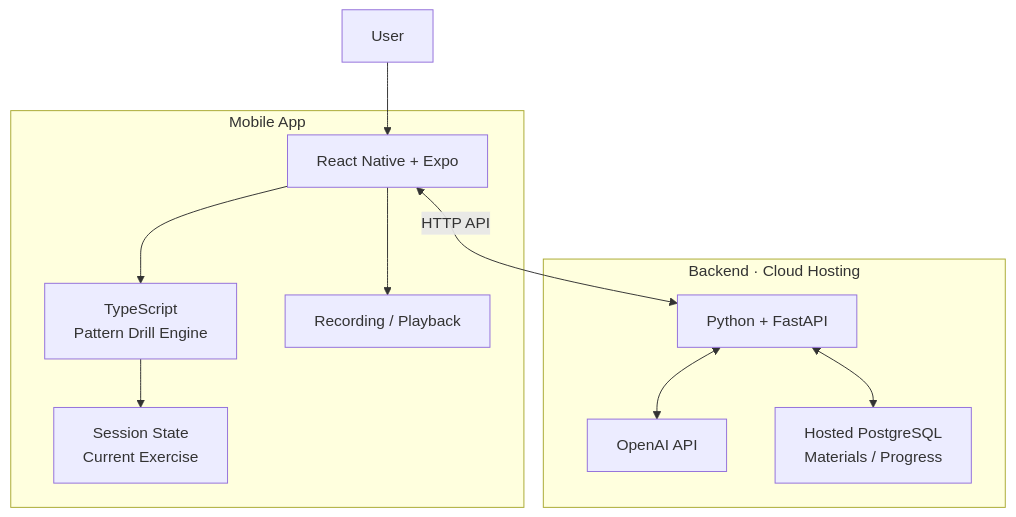
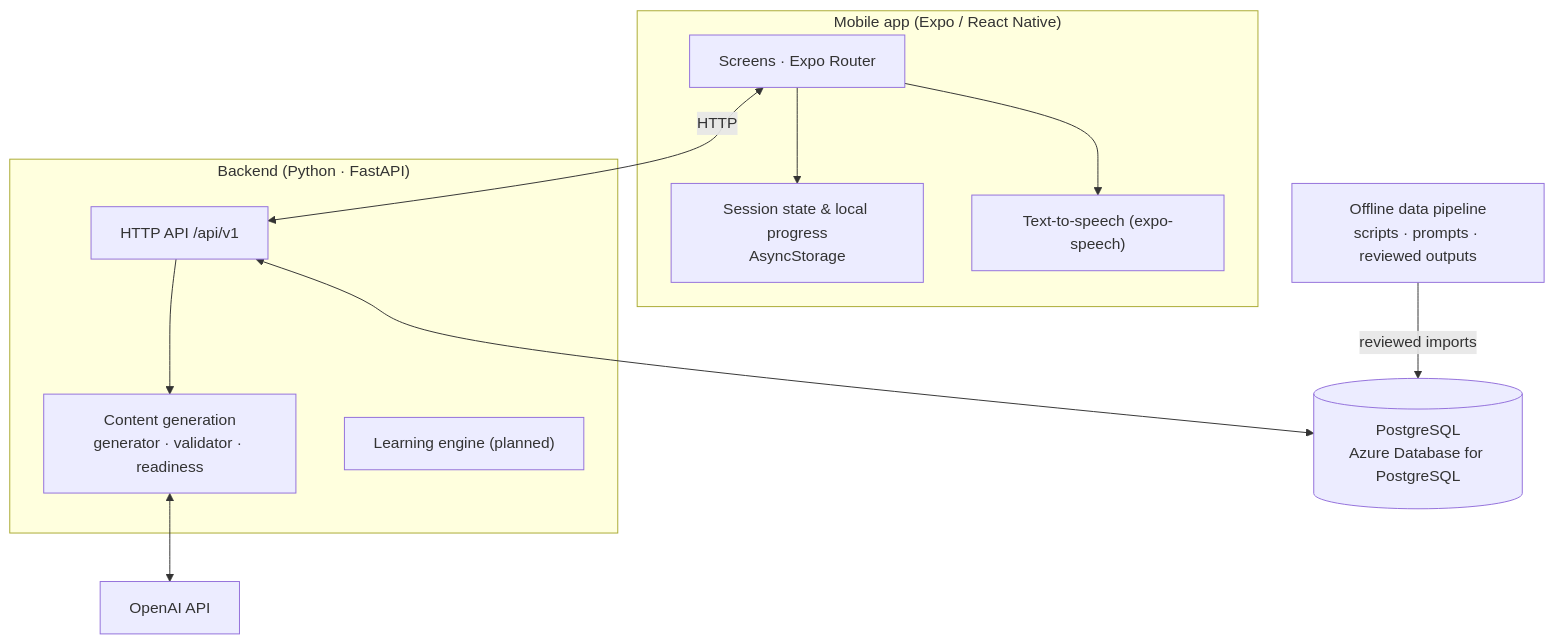
Before and after one commit to kuailoy/Convi: the first of 3 diagrams in README.md, drawn with Mermaid. The commit also changed other lines of this file and 24 other files, not shown here.

````diff
--- a/README.md
+++ b/README.md
@@ -24,25 +67,26 @@
 ```mermaid
 flowchart TB
-    User["User"]
-
-    subgraph Mobile["Mobile App"]
-        UI["React Native + Expo"]
-        Logic["TypeScript<br/>Pattern Drill Engine"]
-        State["Session State<br/>Current Exercise"]
-        Speech["Recording / Playback"]
+    subgraph Mobile["Mobile app (Expo / React Native)"]
+        UI["Screens · Expo Router"]
+        State["Session state & local progress<br/>AsyncStorage"]
+        TTS["Text-to-speech (expo-speech)"]
     end
 
-    subgraph Backend["Backend · Cloud Hosting"]
-        API["Python + FastAPI"]
-        AI["OpenAI API"]
-        DB["Hosted PostgreSQL<br/>Materials / Progress"]
+    subgraph Backend["Backend (Python · FastAPI)"]
+        API["HTTP API /api/v1"]
+        Gen["Content generation<br/>generator · validator · readiness"]
+        Engine["Learning engine (planned)"]
     end
 
-    User --> UI
-    UI --> Logic
-    UI --> Speech
-    Logic --> State
-    UI <-->|HTTP API| API
-    API <--> AI
+    AI["OpenAI API"]
+    DB[("PostgreSQL<br/>Azure Database for PostgreSQL")]
+    Pipeline["Offline data pipeline<br/>scripts · prompts · reviewed outputs"]
+
+    UI --> State
+    UI --> TTS
+    UI <-->|HTTP| API
+    API --> Gen
+    Gen <--> AI
     API <--> DB
+    Pipeline -->|reviewed imports| DB
 ```
````
